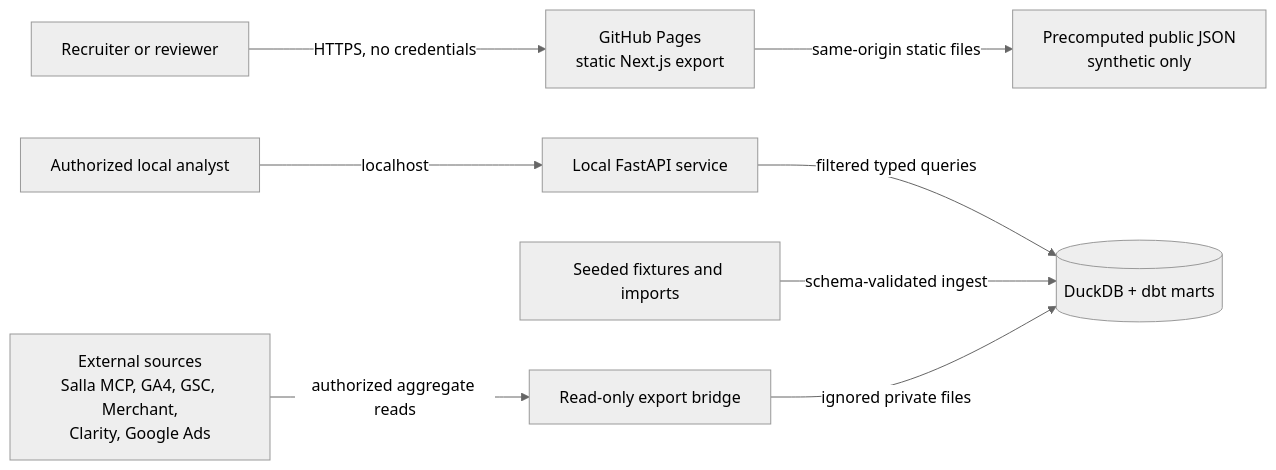
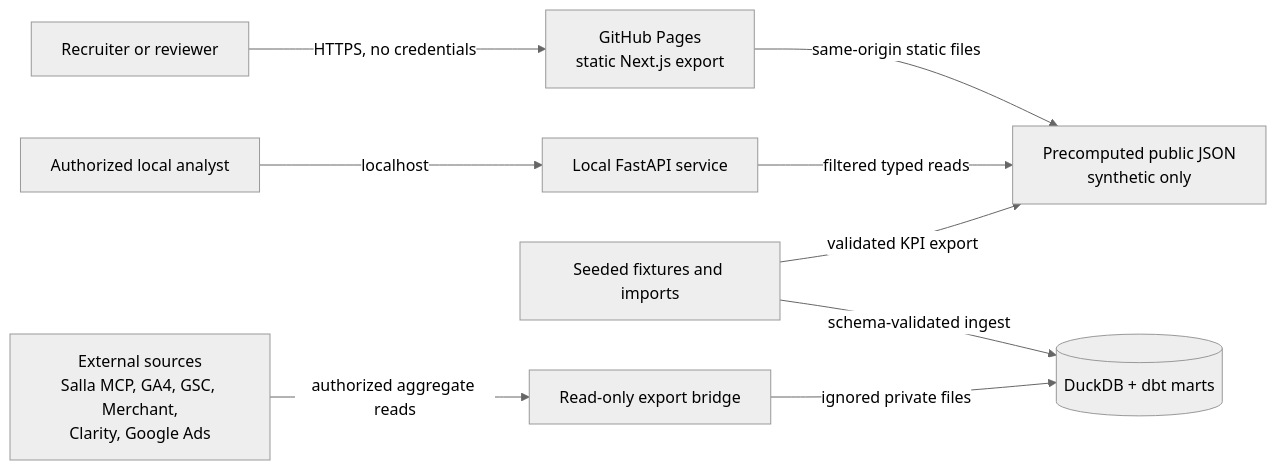
Before and after one commit to OmarBajamel/primeorder-commerce-intelligence: the first of 5 diagrams in docs/architecture/ARCHITECTURE.md, drawn with Mermaid (neutral theme). The commit also changed other lines of this file and 106 other files, not shown here.

````diff
--- a/docs/architecture/ARCHITECTURE.md
+++ b/docs/architecture/ARCHITECTURE.md
@@ -14,20 +14,21 @@
 ```mermaid
 flowchart LR
   reviewer[Recruiter or reviewer]
   analyst[Authorized local analyst]
   pages[GitHub Pages\nstatic Next.js export]
   api[Local FastAPI service]
   publicjson[Precomputed public JSON\nsynthetic only]
   warehouse[(DuckDB + dbt marts)]
   fixtures[Seeded fixtures and imports]
   bridge[Read-only export bridge]
   ext[External sources\nSalla MCP, GA4, GSC, Merchant,\nClarity, Google Ads]
 
   reviewer -->|HTTPS, no credentials| pages
   pages -->|same-origin static files| publicjson
   analyst -->|localhost| api
-  api -->|filtered typed queries| warehouse
+  api -->|filtered typed reads| publicjson
+  fixtures -->|validated KPI export| publicjson
   fixtures -->|schema-validated ingest| warehouse
   ext -->|authorized aggregate reads| bridge
   bridge -->|ignored private files| warehouse
 ```
````
